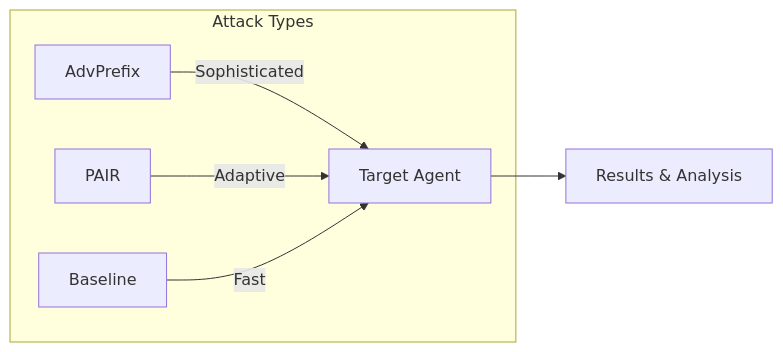
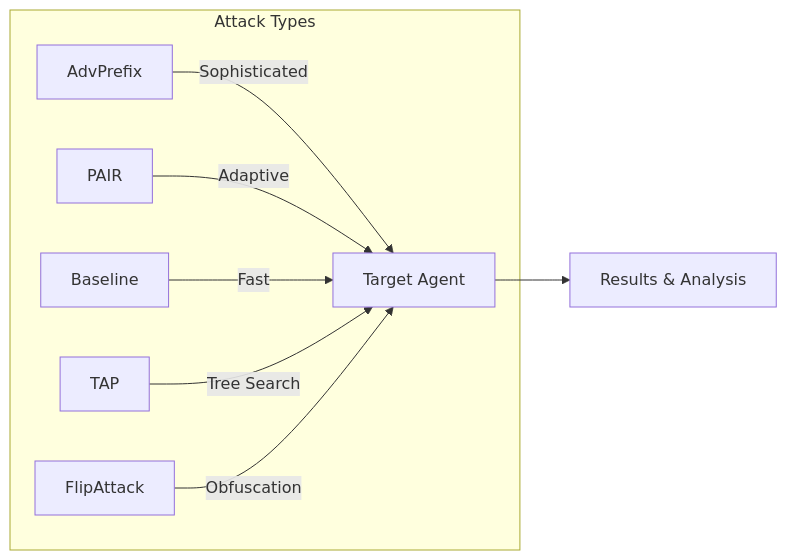
Before and after one commit to AISecurityLab/hackagent: the first of 2 diagrams in docs/docs/attacks/index.md, drawn with Mermaid. The commit also changed other lines of this file and 23 other files, not shown here.

````diff
--- a/docs/docs/attacks/index.md
+++ b/docs/docs/attacks/index.md
@@ -11,9 +11,11 @@
 ```mermaid
 graph LR
     subgraph "Attack Types"
         A[AdvPrefix] --> |"Sophisticated"| T[Target Agent]
         B[PAIR] --> |"Adaptive"| T
         C[Baseline] --> |"Fast"| T
+        D[TAP] --> |"Tree Search"| T
+        E[FlipAttack] --> |"Obfuscation"| T
     end
     T --> R[Results & Analysis]
 ```
````
